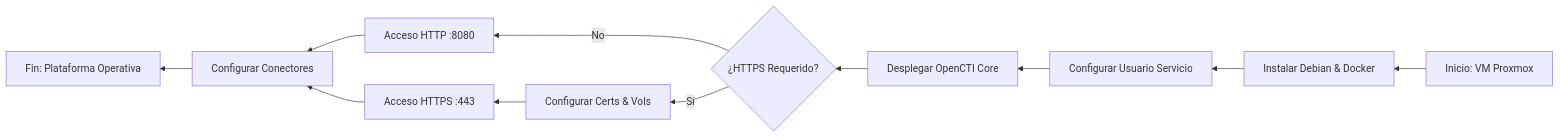
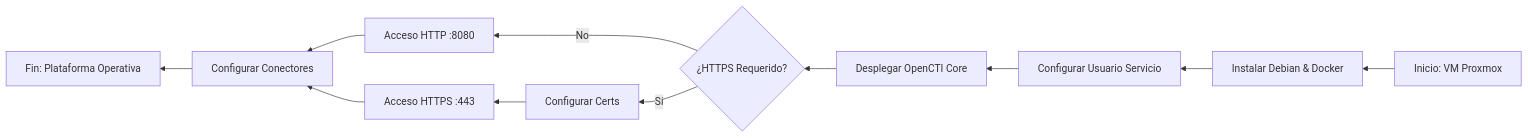
One commit to manu222/TFG-Dise-o-e-implementaci-n-de-una-plataforma-corporativa-de-ciberinteligencia changed the diagram in TFG/OpenCTI.md. Above: the diagram before and after it, drawn with Mermaid.

Commit message:
vault backup: 2026-02-10 23:25:38

````diff
--- a/TFG/OpenCTI.md
+++ b/TFG/OpenCTI.md
@@ -129,13 +129,13 @@
 ```mermaid
 graph RL
     A[Inicio: VM Proxmox] --> B[Instalar Debian & Docker]
     B --> C[Configurar Usuario Servicio]
     C --> D[Desplegar OpenCTI Core]
     D --> E{¿HTTPS Requerido?}
-    E -- Sí --> F[Configurar Certs & Vols]
+    E -- Sí --> F[Configurar Certs]
     E -- No --> G[Acceso HTTP :8080]
     F --> H[Acceso HTTPS :443]
     G --> I[Configurar Conectores]
     H --> I
     I --> J[Fin: Plataforma Operativa]
 ```
````
